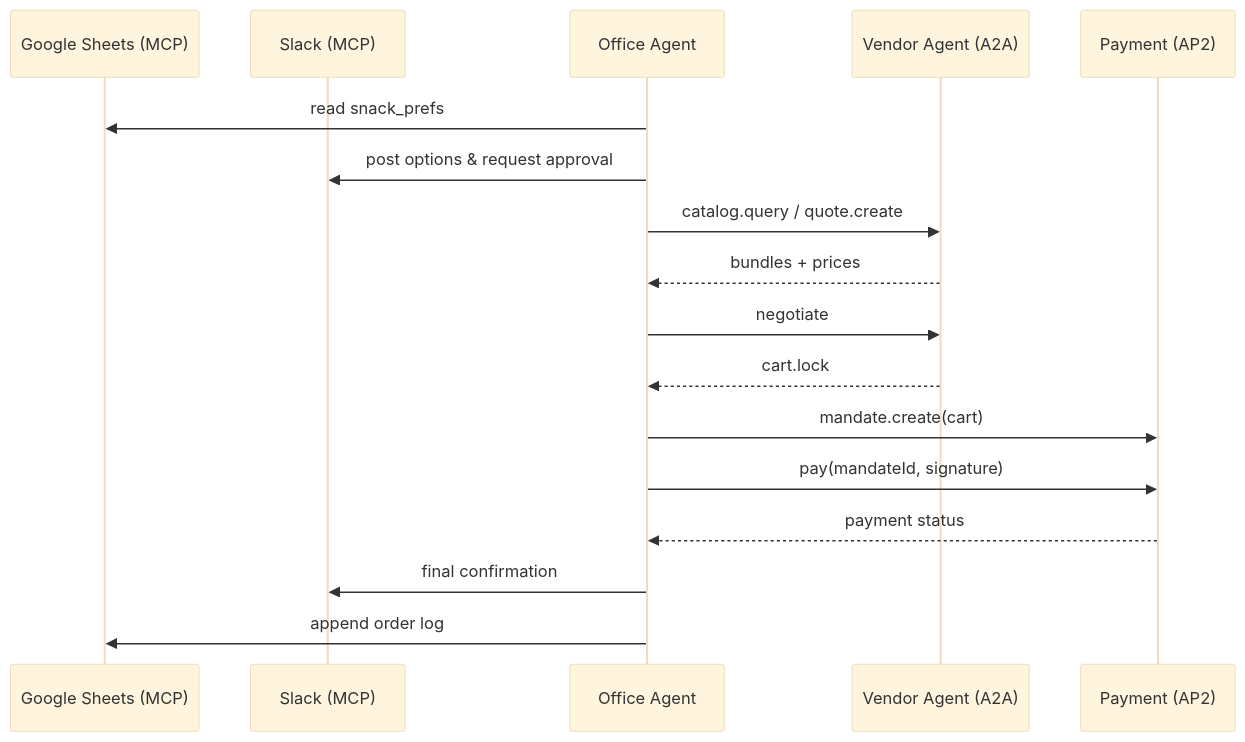
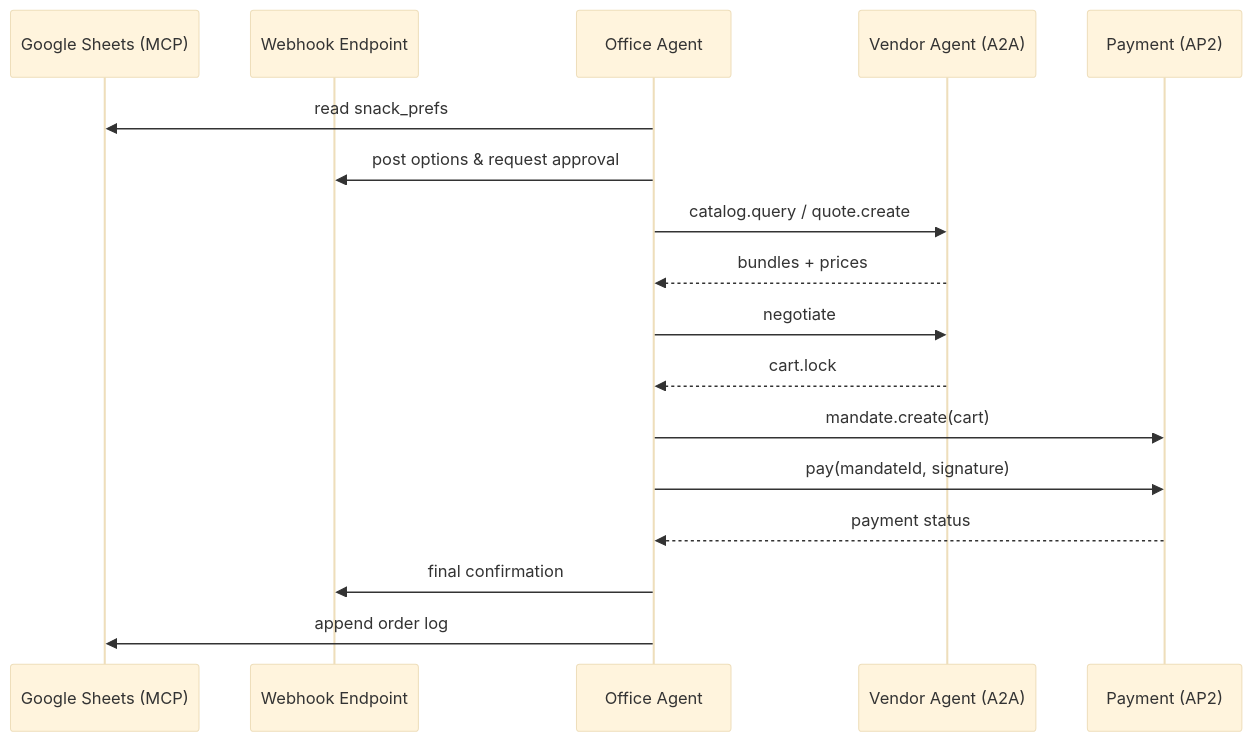
One commit to shrivatsas/snack-bot changed the diagram in README.md. Above: the diagram before and after it, drawn with Mermaid (base theme). The commit also changed other lines of this file and 3 other files, not shown here.

````diff
--- a/README.md
+++ b/README.md
@@ -48,20 +48,20 @@
 ```mermaid
 sequenceDiagram
   participant Sheet as Google Sheets (MCP)
-  participant Slack as Slack (MCP)
+  participant Webhook as Webhook Endpoint
   participant Ops as Office Agent
   participant Vendor as Vendor Agent (A2A)
   participant Pay as Payment (AP2)
 
   Ops->>Sheet: read snack_prefs
-  Ops->>Slack: post options & request approval
+  Ops->>Webhook: post options & request approval
   Ops->>Vendor: catalog.query / quote.create
   Vendor-->>Ops: bundles + prices
   Ops->>Vendor: negotiate
   Vendor-->>Ops: cart.lock
   Ops->>Pay: mandate.create(cart)
   Ops->>Pay: pay(mandateId, signature)
   Pay-->>Ops: payment status
-  Ops->>Slack: final confirmation
+  Ops->>Webhook: final confirmation
   Ops->>Sheet: append order log
 ```
````
